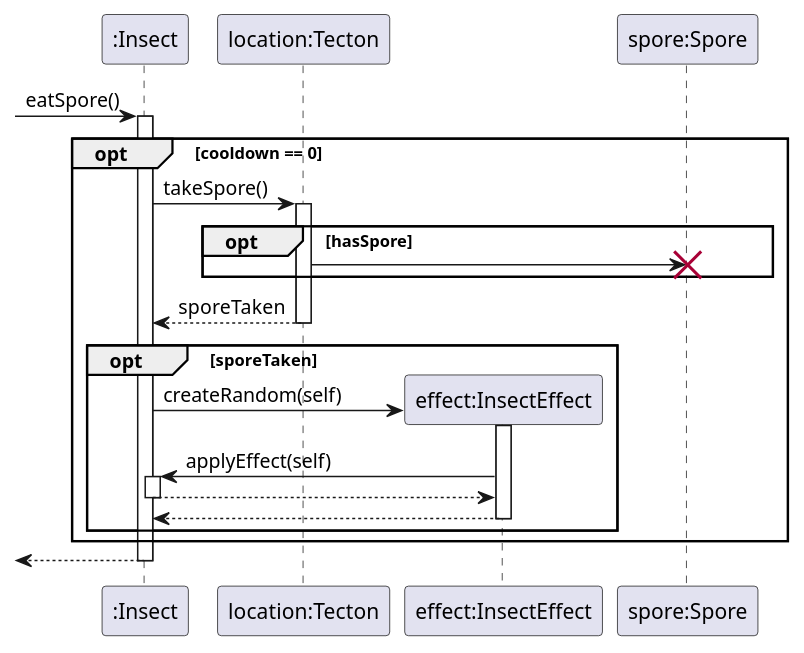
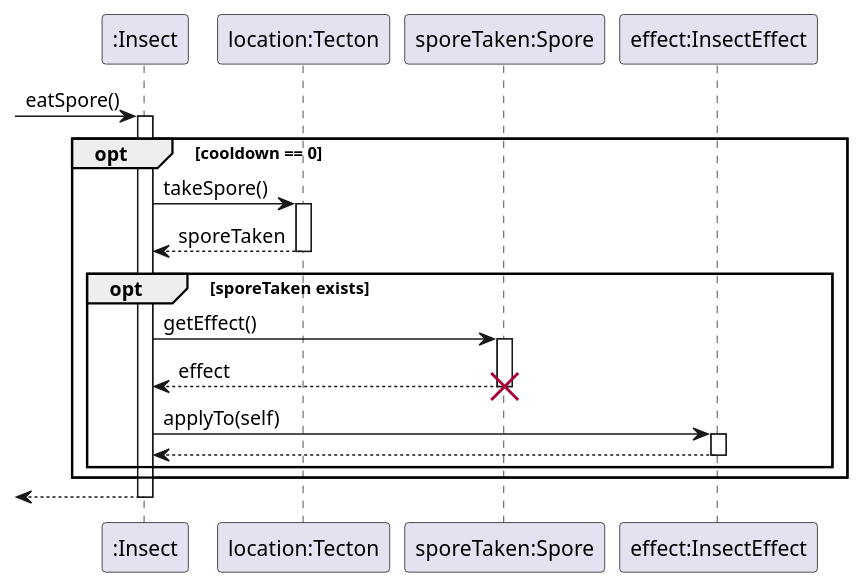
The diagram in Insect/eat-spore.pu (ZD4ve/projlab-error521), drawn with PlantUML before and after one commit. The commit also changed 4 other files, not shown here.

```diff
--- a/Insect/eat-spore.pu
+++ b/Insect/eat-spore.pu
@@ -1,39 +1,38 @@
 @startuml
 participant ":Insect" as insect
 participant "location:Tecton" as location
+participant "sporeTaken:Spore" as sporeTaken
 participant "effect:InsectEffect" as effect
 
 -> insect : eatSpore()
 activate insect
 
+' állapotgép szerint átdolgozni
 opt cooldown == 0
     insect -> location : takeSpore()
     activate location
 
-    opt hasSpore
-        location -> "spore:Spore" !!
-    end
-
     insect <-- location : sporeTaken
     deactivate location
 
-    opt sporeTaken
-        create effect
-        insect -> effect : createRandom(self)
+    opt sporeTaken exists
+        insect -> sporeTaken : getEffect()
+        activate sporeTaken
+        
+        ' TODO: effect létrehozás
+
+        insect <-- sporeTaken : effect
+        destroy sporeTaken
+
+        insect -> effect : applyTo(self)
         activate effect
-
-        effect -> insect : applyEffect(self)
-        activate insect
-
-        effect <-- insect
-        deactivate insect
 
         insect <-- effect
         deactivate effect
     end
 end
 
 <-- insect
 deactivate insect
 
 @enduml
```
